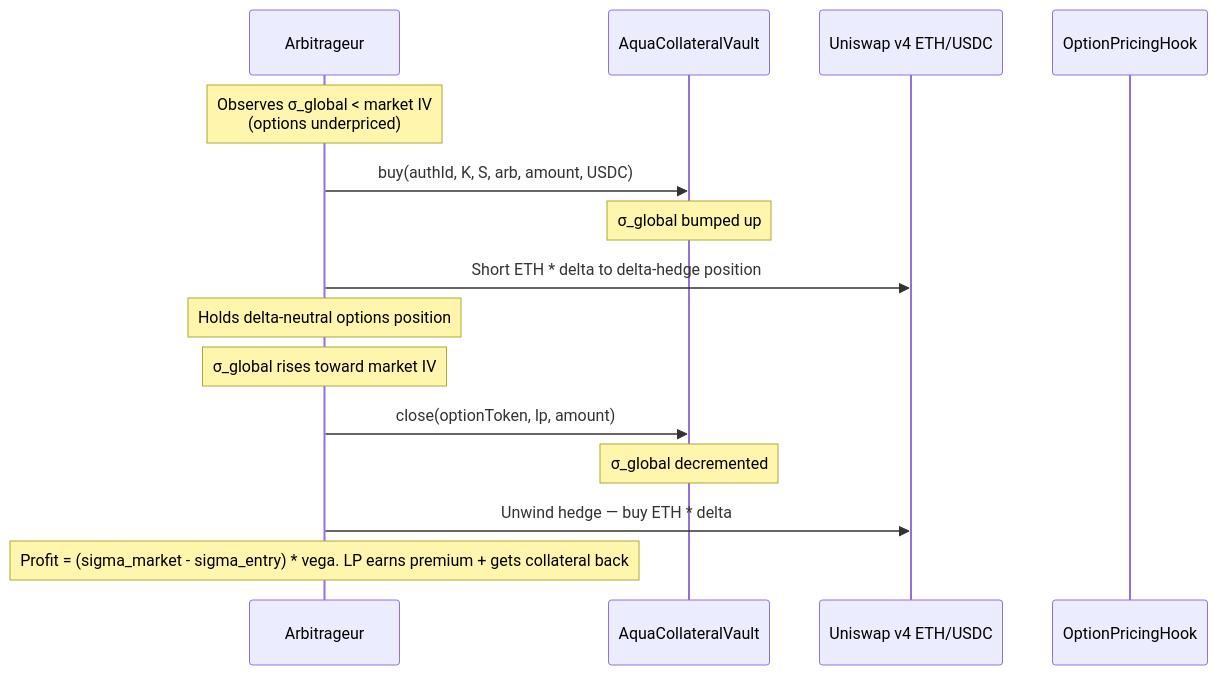
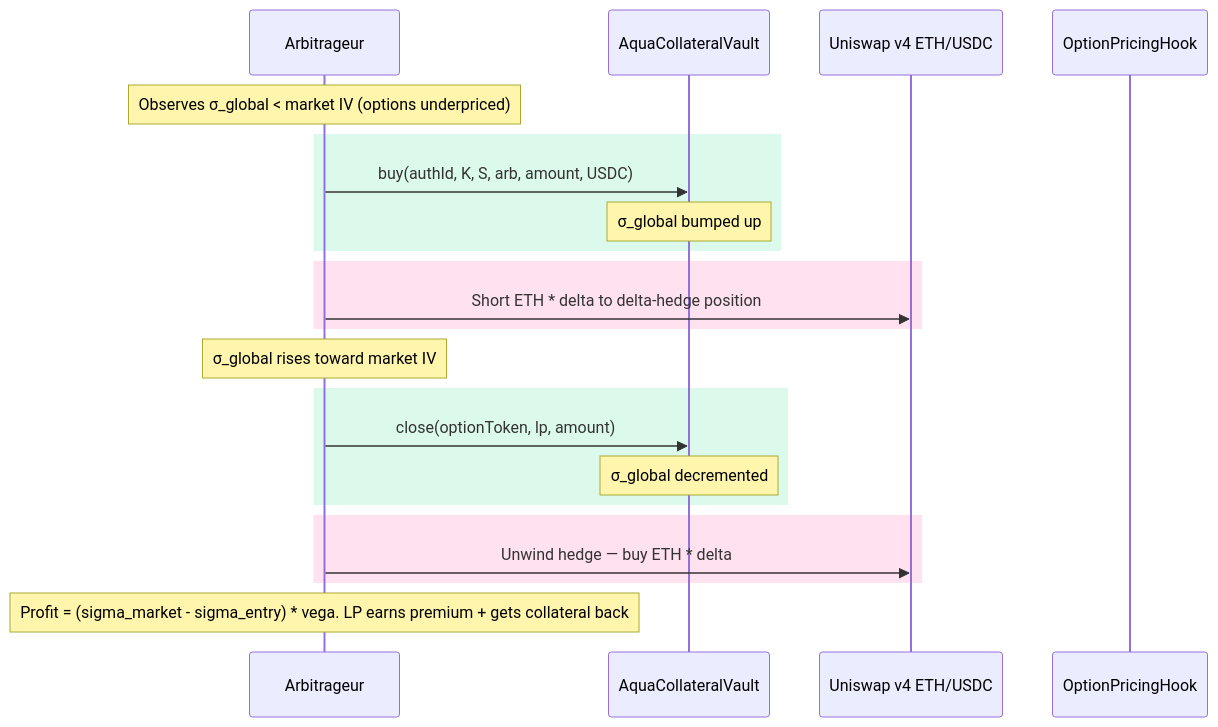
One commit to oslinin/Smile changed the fifth of 7 diagrams in README.md. Above: the diagram before and after it, drawn with Mermaid. The commit also changed other lines of this file, not shown here.

Commit message:
Color-code all Mermaid diagrams by sponsor (green=1inch, pink=Uniswap, blue=Chainlink)

````diff
--- a/README.md
+++ b/README.md
@@ -187,18 +205,25 @@
 ```mermaid
 sequenceDiagram
     participant Arb as Arbitrageur
     participant Vault as AquaCollateralVault
     participant UniPool as Uniswap v4 ETH/USDC
     participant Hook as OptionPricingHook
 
-    Note over Arb: Observes σ_global < market IV<br/>(options underpriced)
+    Note over Arb: Observes σ_global < market IV (options underpriced)
+    rect rgb(220, 250, 235)
     Arb->>Vault: buy(authId, K, S, arb, amount, USDC)
     Note over Vault: σ_global bumped up
+    end
+    rect rgb(255, 225, 240)
     Arb->>UniPool: Short ETH * delta to delta-hedge position
-    Note over Arb: Holds delta-neutral options position
+    end
     Note over Arb: σ_global rises toward market IV
+    rect rgb(220, 250, 235)
     Arb->>Vault: close(optionToken, lp, amount)
     Note over Vault: σ_global decremented
+    end
+    rect rgb(255, 225, 240)
     Arb->>UniPool: Unwind hedge — buy ETH * delta
+    end
     Note over Arb: Profit = (sigma_market - sigma_entry) * vega. LP earns premium + gets collateral back
 ```
````
